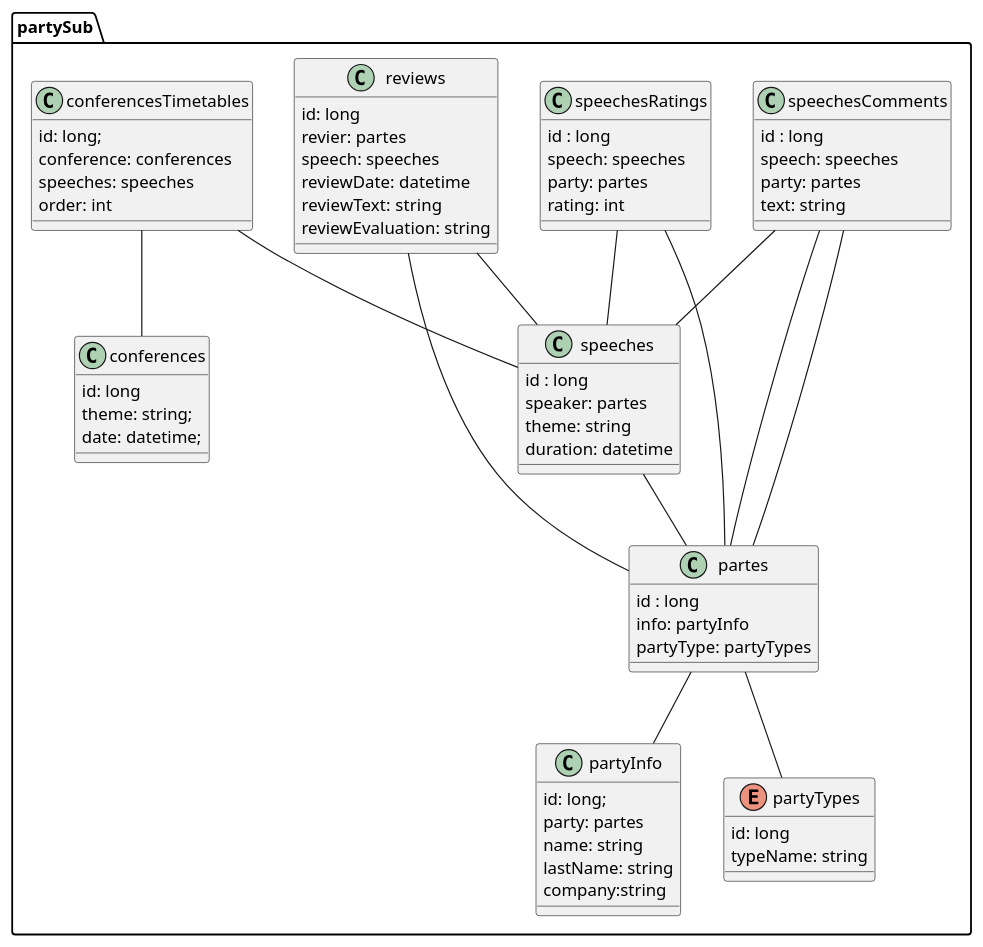
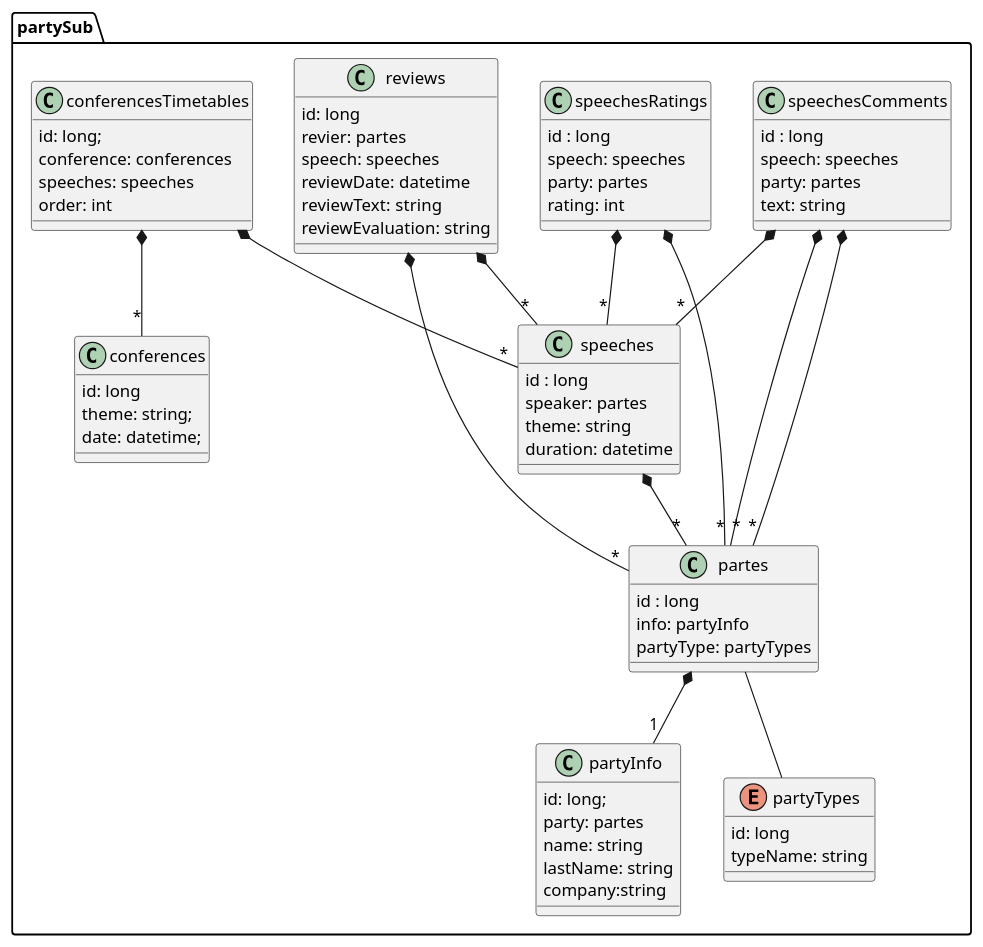
Before and after one commit to zigota/ArchStud: the diagram in docs/model.wsd, drawn with PlantUML. The commit also changed 1 other file, not shown here.

```diff
--- a/docs/model.wsd
+++ b/docs/model.wsd
@@ -2,86 +2,86 @@
 @startuml
 
 namespace partySub {
 
  class partes
  {
   id : long
   info: partyInfo
   partyType: partyTypes
  }
  class partyInfo
  {  
     id: long;
     party: partes
     name: string
     lastName: string
     company:string
  }
  enum partyTypes
  {
     id: long
     typeName: string
  }
 
 class speeches
 {
     id : long
     speaker: partes
     theme: string
     duration: datetime
 }
 class speechesComments
 {
     id : long
     speech: speeches
     party: partes
     text: string   
 }
 class speechesRatings
 {
     id : long
     speech: speeches
     party: partes
     rating: int   
 }
 
 
 class reviews
 {  
    id: long
    revier: partes
    speech: speeches
    reviewDate: datetime
    reviewText: string
    reviewEvaluation: string
 }
 
 class conferences
 {
     id: long
     theme: string;
     date: datetime;
 }
 class conferencesTimetables
 {
     id: long;
     conference: conferences
     speeches: speeches
     order: int
 }
  
  partes -- partyTypes
- partes -- partyInfo
- speeches -- partes
- speechesComments -- partes
- reviews -- partes
- reviews -- speeches
- speechesRatings -- partes
- speechesRatings -- speeches
- conferencesTimetables -- conferences
- conferencesTimetables -- speeches
- speechesComments -- speeches
- speechesComments -- partes
+ partes *-- "1" partyInfo
+ speeches *-- "*" partes
+ speechesComments *-- "*" partes
+ reviews *-- "*"partes
+ reviews *-- "*" speeches
+ speechesRatings *-- "*" partes
+ speechesRatings *-- "*" speeches
+ conferencesTimetables *-- "*" conferences
+ conferencesTimetables *-- "*"speeches
+ speechesComments *-- "*" speeches
+ speechesComments *-- "*" partes
 
  
 @enduml
```
